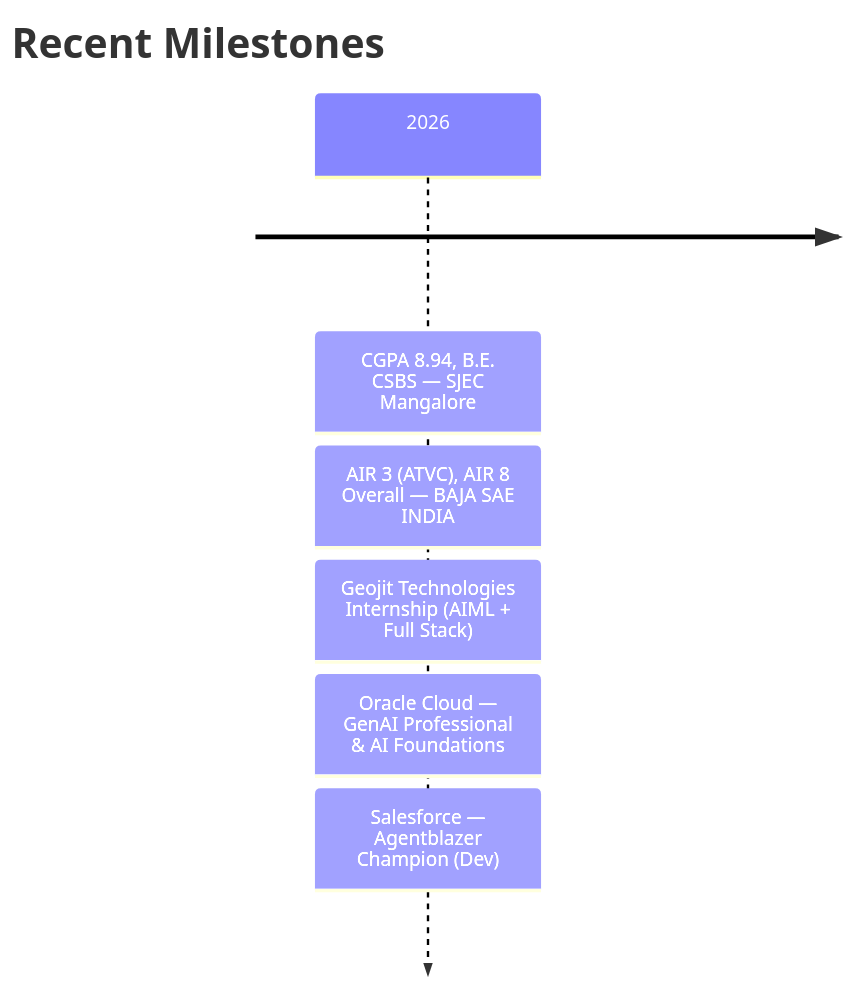
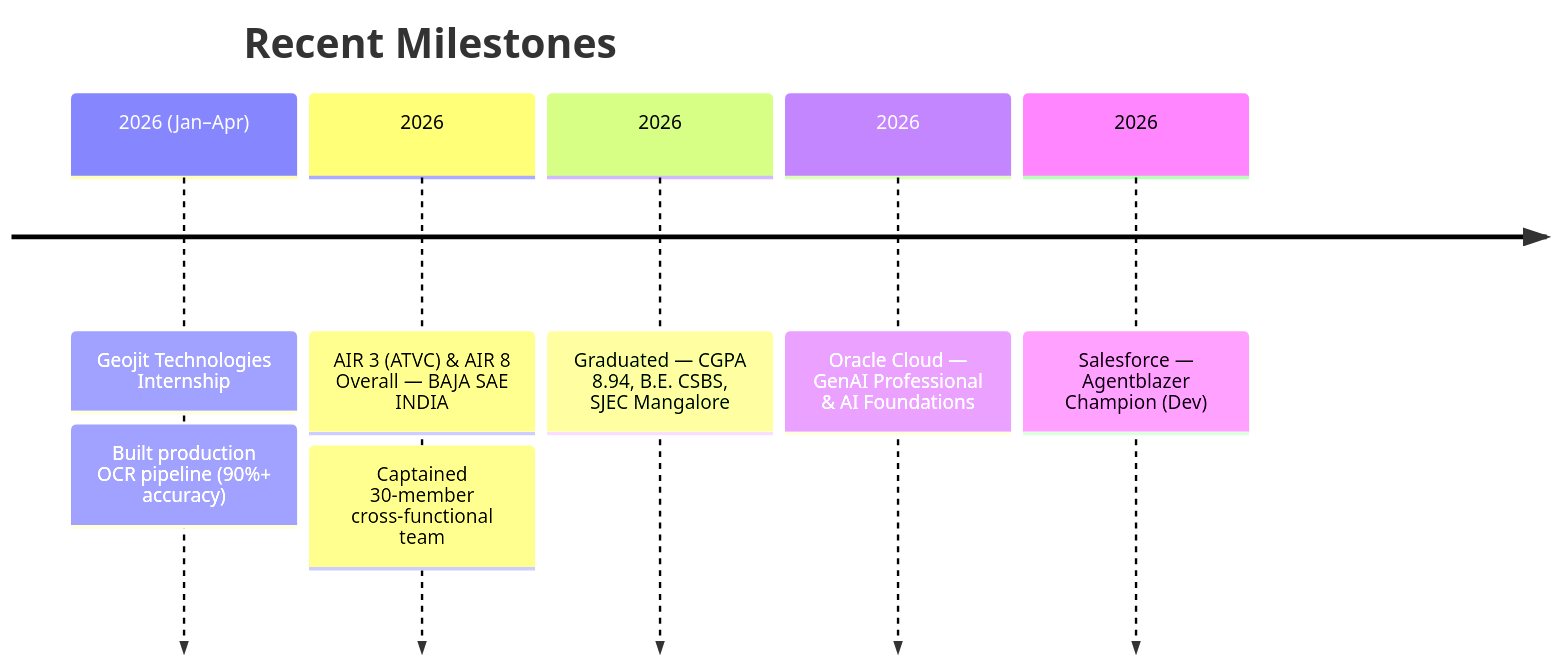
One commit to Sohan-dsz/Sohan-dsz changed the third of 3 diagrams in README.md. Above: the diagram before and after it, drawn with Mermaid. The commit also changed other lines of this file, not shown here.

````diff
--- a/README.md
+++ b/README.md
@@ -167,9 +167,11 @@
 ```mermaid
 timeline
     title Recent Milestones
-    2026 : CGPA 8.94, B.E. CSBS — SJEC Mangalore
-         : AIR 3 (ATVC), AIR 8 Overall — BAJA SAE INDIA
-         : Geojit Technologies Internship (AIML + Full Stack)
-         : Oracle Cloud — GenAI Professional & AI Foundations
-         : Salesforce — Agentblazer Champion (Dev)
+    2026 (Jan–Apr) : Geojit Technologies Internship
+                    : Built production OCR pipeline (90%+ accuracy)
+    2026 : AIR 3 (ATVC) & AIR 8 Overall — BAJA SAE INDIA
+         : Captained 30-member cross-functional team
+    2026 : Graduated — CGPA 8.94, B.E. CSBS, SJEC Mangalore
+    2026 : Oracle Cloud — GenAI Professional & AI Foundations
+    2026 : Salesforce — Agentblazer Champion (Dev)
 ```
````
